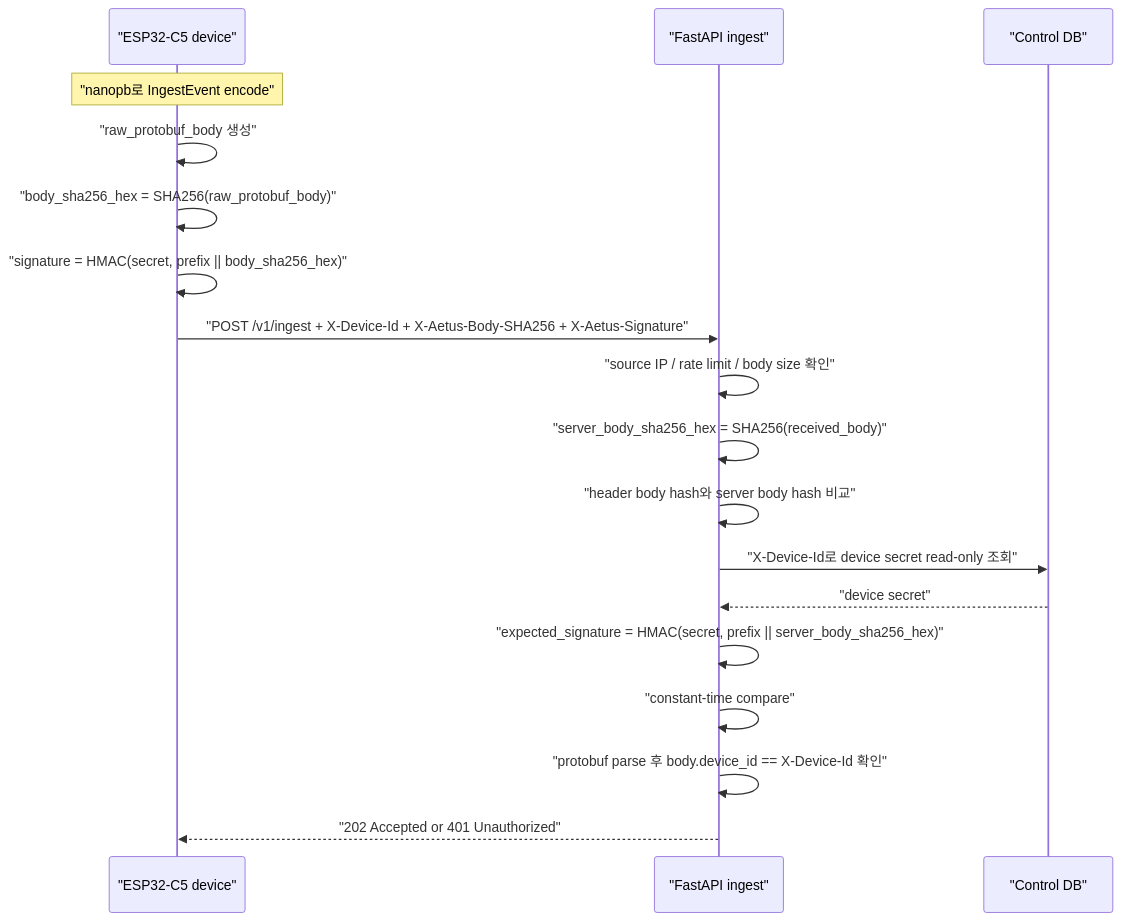
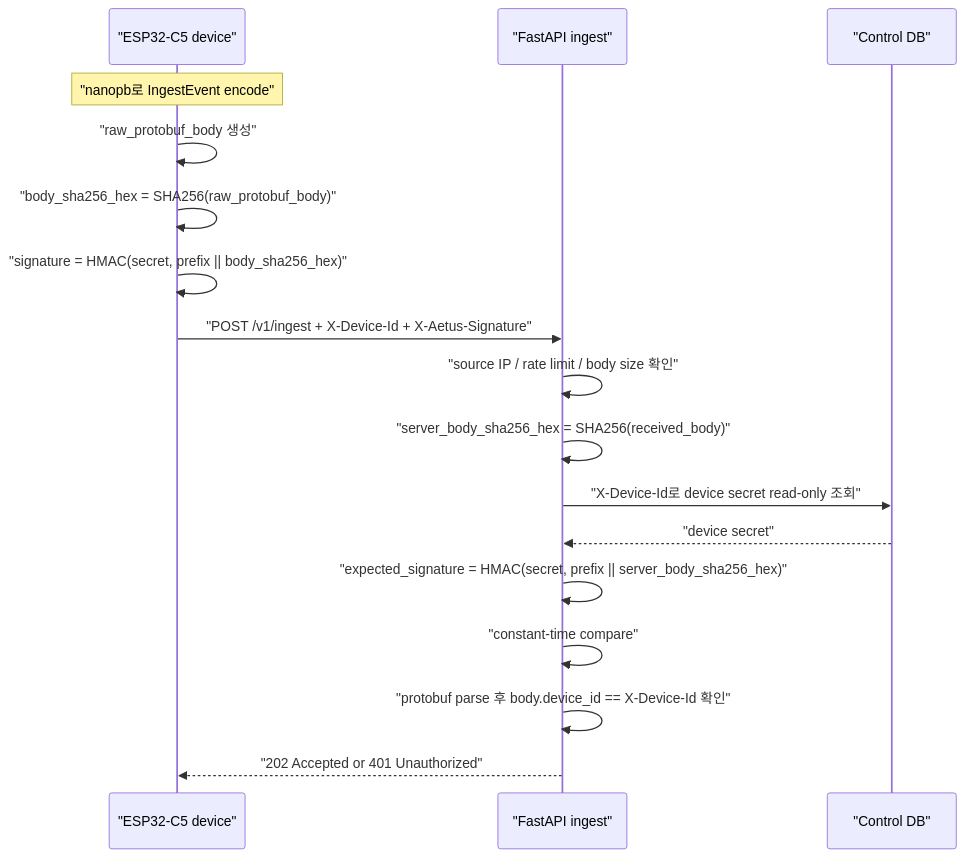
The first of 2 diagrams in docs/02-api.md (donghoonpark/aetus), drawn with Mermaid before and after one commit. The commit also changed other lines of this file and 2 other files, not shown here.

Commit message:
Simplify HMAC ingest signature headers

````diff
--- a/docs/02-api.md
+++ b/docs/02-api.md
@@ -137,21 +135,20 @@
 ```mermaid
 sequenceDiagram
     participant Device as "ESP32-C5 device"
     participant API as "FastAPI ingest"
     participant Registry as "Control DB"
 
     Note over Device: "nanopb로 IngestEvent encode"
     Device->>Device: "raw_protobuf_body 생성"
     Device->>Device: "body_sha256_hex = SHA256(raw_protobuf_body)"
     Device->>Device: "signature = HMAC(secret, prefix || body_sha256_hex)"
-    Device->>API: "POST /v1/ingest + X-Device-Id + X-Aetus-Body-SHA256 + X-Aetus-Signature"
+    Device->>API: "POST /v1/ingest + X-Device-Id + X-Aetus-Signature"
     API->>API: "source IP / rate limit / body size 확인"
     API->>API: "server_body_sha256_hex = SHA256(received_body)"
-    API->>API: "header body hash와 server body hash 비교"
     API->>Registry: "X-Device-Id로 device secret read-only 조회"
     Registry-->>API: "device secret"
     API->>API: "expected_signature = HMAC(secret, prefix || server_body_sha256_hex)"
     API->>API: "constant-time compare"
     API->>API: "protobuf parse 후 body.device_id == X-Device-Id 확인"
     API-->>Device: "202 Accepted or 401 Unauthorized"
 ```
````
